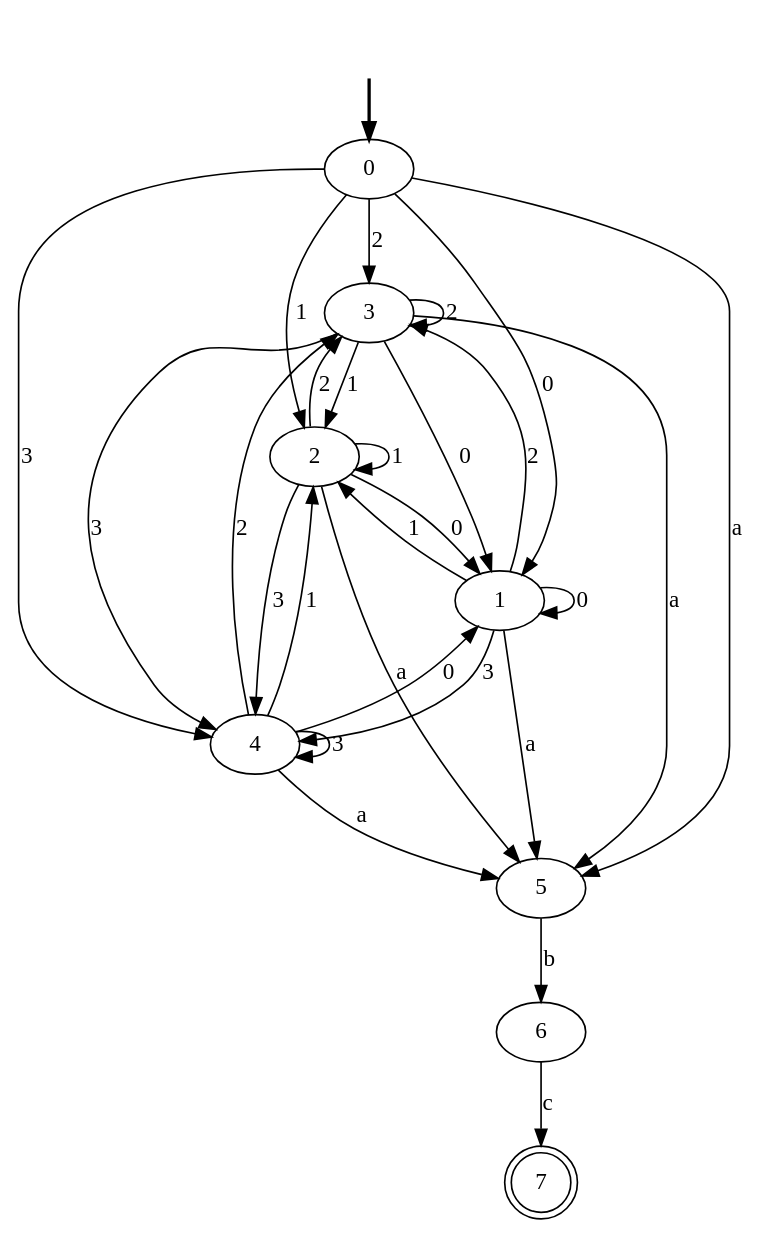
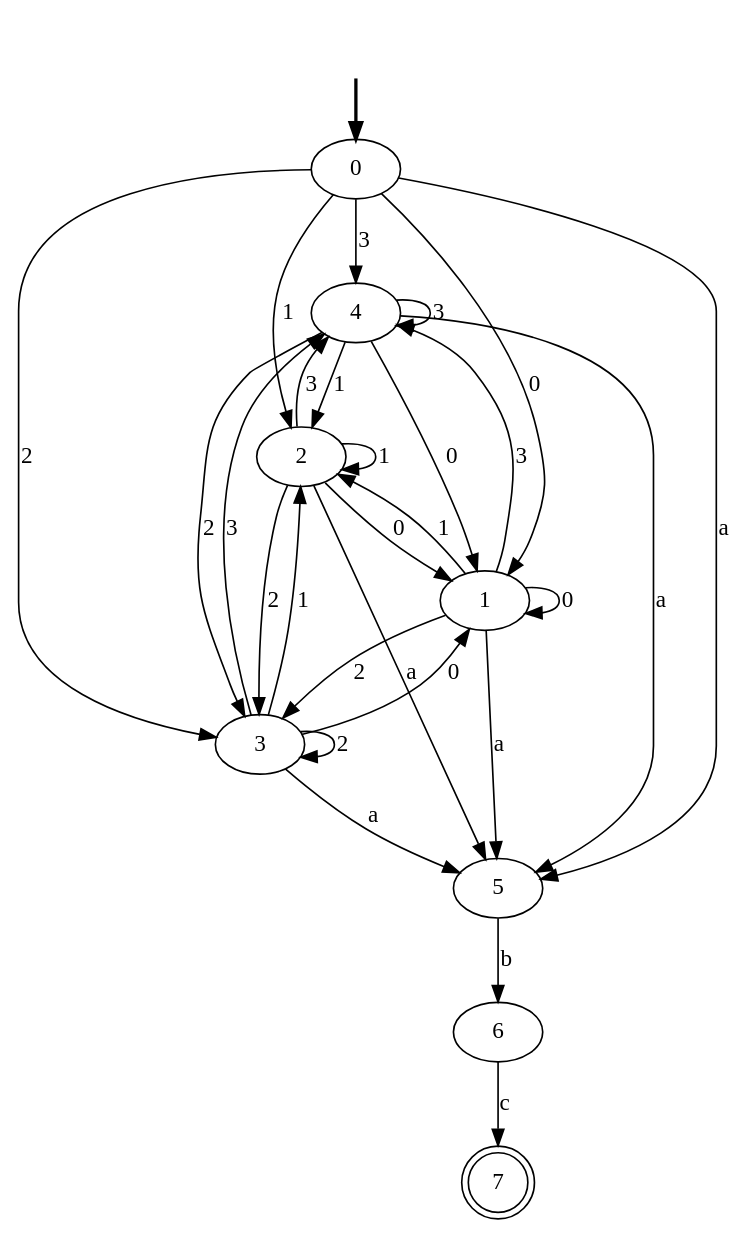
Before and after one commit to maupeon/Compiladores: the diagram in Tarea 1/output_DFA.dot, drawn with Graphviz. The commit also changed other lines of this file and 6 other files, not shown here.

```diff
--- a/Tarea 1/output_DFA.dot
+++ b/Tarea 1/output_DFA.dot
@@ -1,39 +1,39 @@
 digraph {
 	fake [style=invisible]
+	4
+	2
+	1
+	7 [shape=doublecircle]
 	3
-	2
+	0 [root=true]
 	6
-	4
-	0 [root=true]
 	5
-	7 [shape=doublecircle]
-	1
 	fake -> 0 [style=bold]
 	0 -> 1 [label=0]
 	0 -> 2 [label=1]
 	0 -> 3 [label=2]
 	0 -> 4 [label=3]
 	0 -> 5 [label=a]
 	1 -> 1 [label=0]
 	1 -> 2 [label=1]
 	1 -> 3 [label=2]
 	1 -> 4 [label=3]
 	1 -> 5 [label=a]
 	2 -> 1 [label=0]
 	2 -> 2 [label=1]
 	2 -> 3 [label=2]
 	2 -> 4 [label=3]
 	2 -> 5 [label=a]
 	3 -> 1 [label=0]
 	3 -> 2 [label=1]
 	3 -> 3 [label=2]
 	3 -> 4 [label=3]
 	3 -> 5 [label=a]
 	4 -> 1 [label=0]
 	4 -> 2 [label=1]
 	4 -> 3 [label=2]
 	4 -> 4 [label=3]
 	4 -> 5 [label=a]
 	5 -> 6 [label=b]
 	6 -> 7 [label=c]
 }
```
